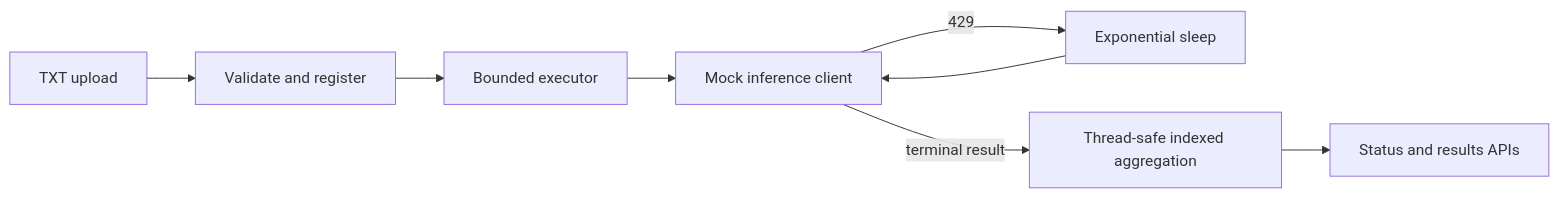
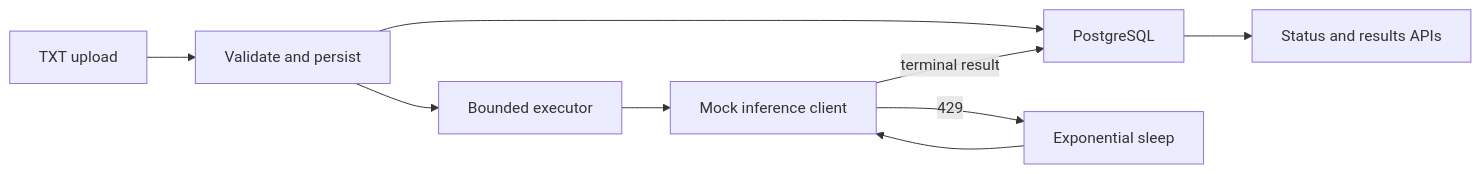
The diagram in README.md (chinmay-prac/digitalOceanBatchEngine), drawn with Mermaid before and after one commit. The commit also changed other lines of this file and 15 other files, not shown here.

````diff
--- a/README.md
+++ b/README.md
@@ -51,10 +55,11 @@
 ```mermaid
 flowchart LR
-    A[TXT upload] --> B[Validate and register]
-    B --> C[Bounded executor]
-    C --> D[Mock inference client]
-    D -->|429| E[Exponential sleep]
-    E --> D
-    D -->|terminal result| F[Thread-safe indexed aggregation]
-    F --> G[Status and results APIs]
+    A[TXT upload] --> B[Validate and persist]
+    B --> C[PostgreSQL]
+    B --> D[Bounded executor]
+    D --> E[Mock inference client]
+    E -->|429| F[Exponential sleep]
+    F --> E
+    E -->|terminal result| C
+    C --> G[Status and results APIs]
 ```
````
